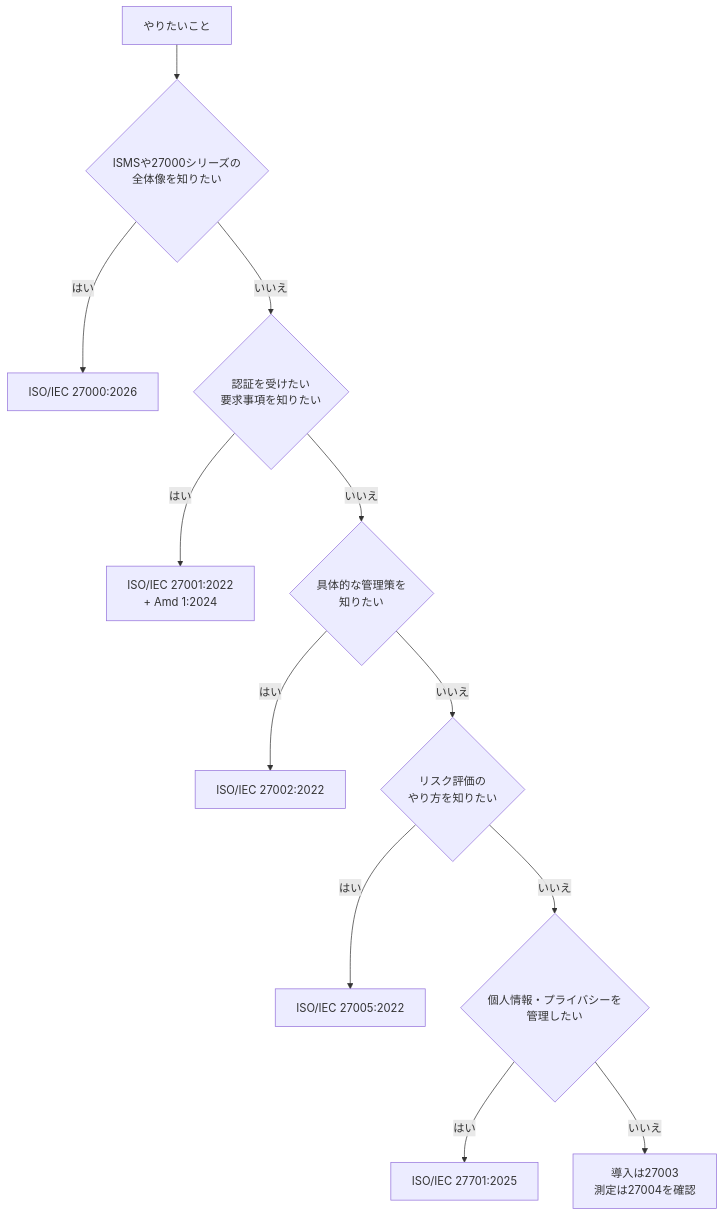
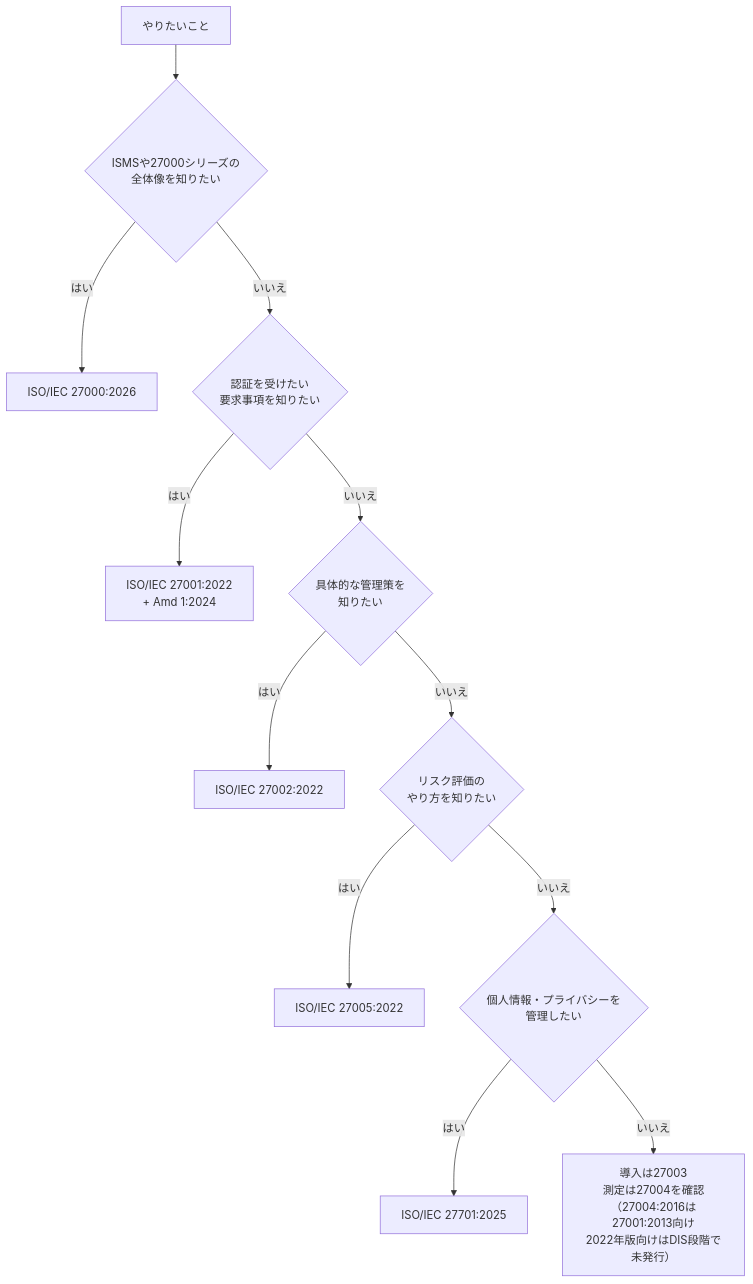
Before and after one commit to myoshi2891/Security_Studies: the sixth of 6 diagrams in Iso-iec-27000-2026-guide.md, drawn with Mermaid.

Commit message:
docs(iso-27000): note ISO/IEC 27004 edition status in standard selection flowchart

````diff
--- a/Iso-iec-27000-2026-guide.md
+++ b/Iso-iec-27000-2026-guide.md
@@ -263,14 +263,14 @@
 ```mermaid
 flowchart TD
     S["やりたいこと"] --> Q1{"ISMSや27000シリーズの<br/>全体像を知りたい"}
     Q1 -->|"はい"| A1["ISO/IEC 27000:2026"]
     Q1 -->|"いいえ"| Q2{"認証を受けたい<br/>要求事項を知りたい"}
     Q2 -->|"はい"| A2["ISO/IEC 27001:2022<br/>+ Amd 1:2024"]
     Q2 -->|"いいえ"| Q3{"具体的な管理策を<br/>知りたい"}
     Q3 -->|"はい"| A3["ISO/IEC 27002:2022"]
     Q3 -->|"いいえ"| Q4{"リスク評価の<br/>やり方を知りたい"}
     Q4 -->|"はい"| A4["ISO/IEC 27005:2022"]
     Q4 -->|"いいえ"| Q5{"個人情報・プライバシーを<br/>管理したい"}
     Q5 -->|"はい"| A5["ISO/IEC 27701:2025"]
-    Q5 -->|"いいえ"| A6["導入は27003<br/>測定は27004を確認"]
+    Q5 -->|"いいえ"| A6["導入は27003<br/>測定は27004を確認<br/>（27004:2016は27001:2013向け<br/>2022年版向けはDIS段階で未発行）"]
 ```
````
